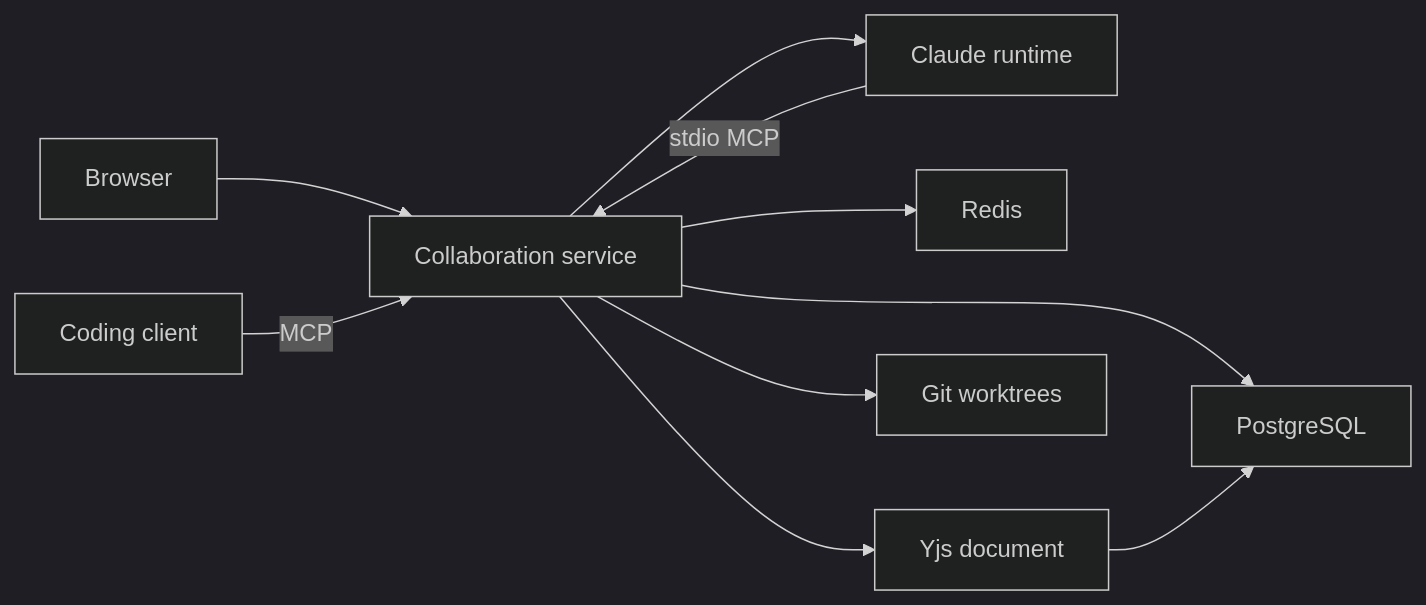
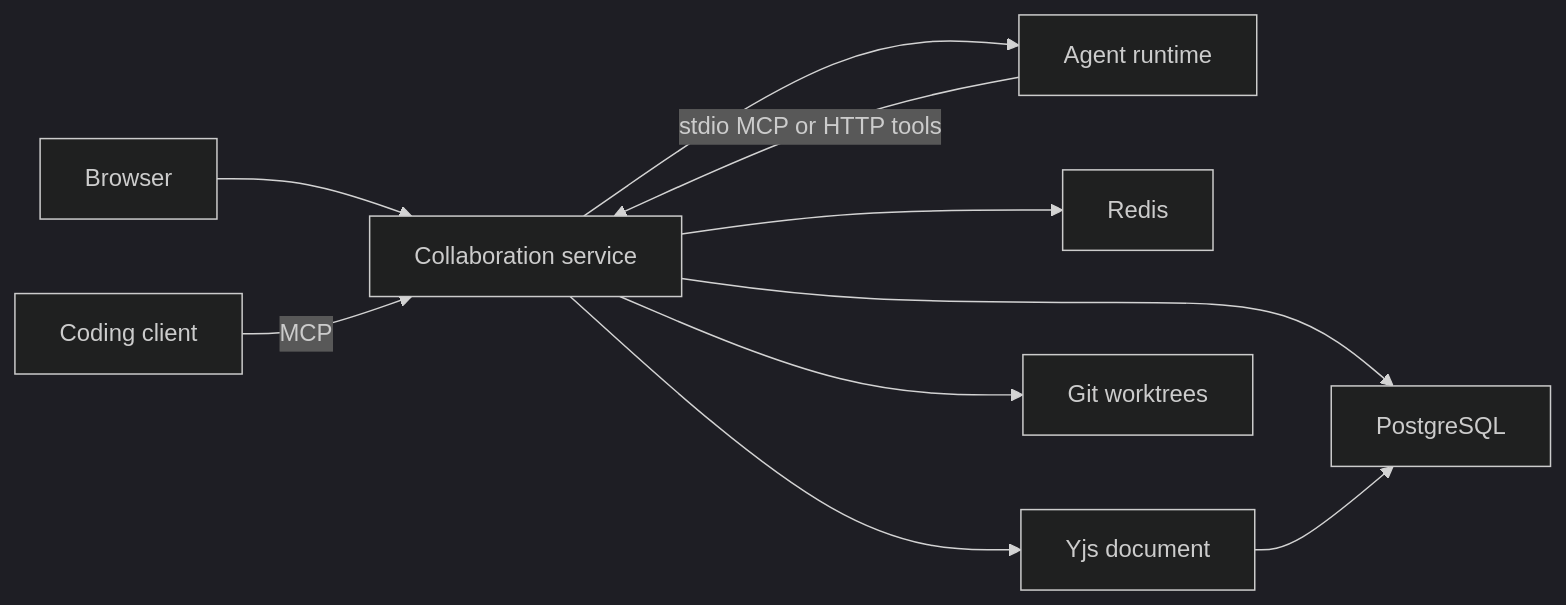
One commit to DogukanGun/colag changed the diagram in docs/architecture.md. Above: the diagram before and after it, drawn with Mermaid (dark theme). The commit also changed other lines of this file and 18 other files, not shown here.

````diff
--- a/docs/architecture.md
+++ b/docs/architecture.md
@@ -5,21 +5,21 @@
 ```mermaid
 flowchart LR
   browser[Browser]
   client[Coding client]
   service[Collaboration service]
-  claude[Claude runtime]
+  claude[Agent runtime]
   postgres[PostgreSQL]
   redis[Redis]
   yjs[Yjs document]
   git[Git worktrees]
 
   browser --> service
   client -->|MCP| service
   service --> claude
-  claude -->|stdio MCP| service
+  claude -->|stdio MCP or HTTP tools| service
   service --> postgres
   service --> redis
   service --> yjs
   service --> git
   yjs --> postgres
 ```
````
